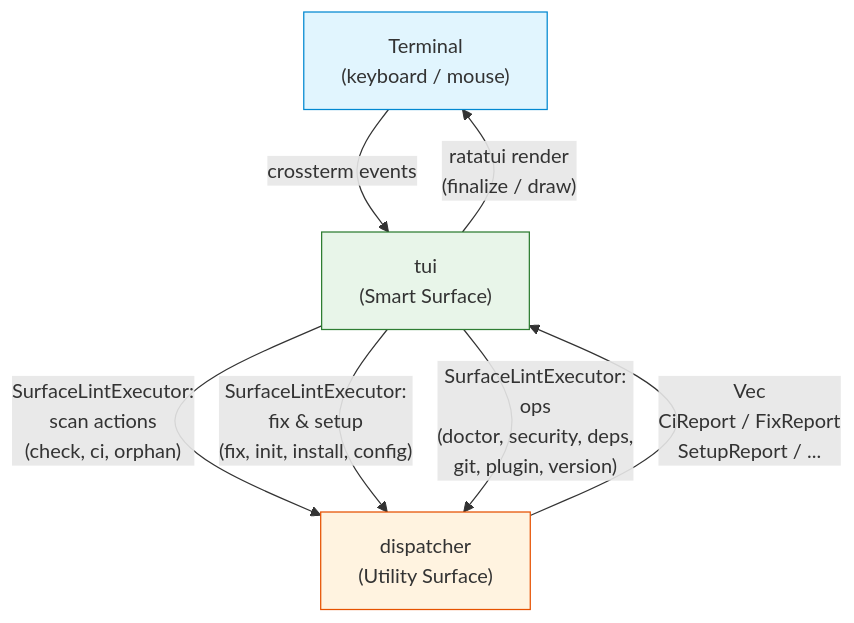
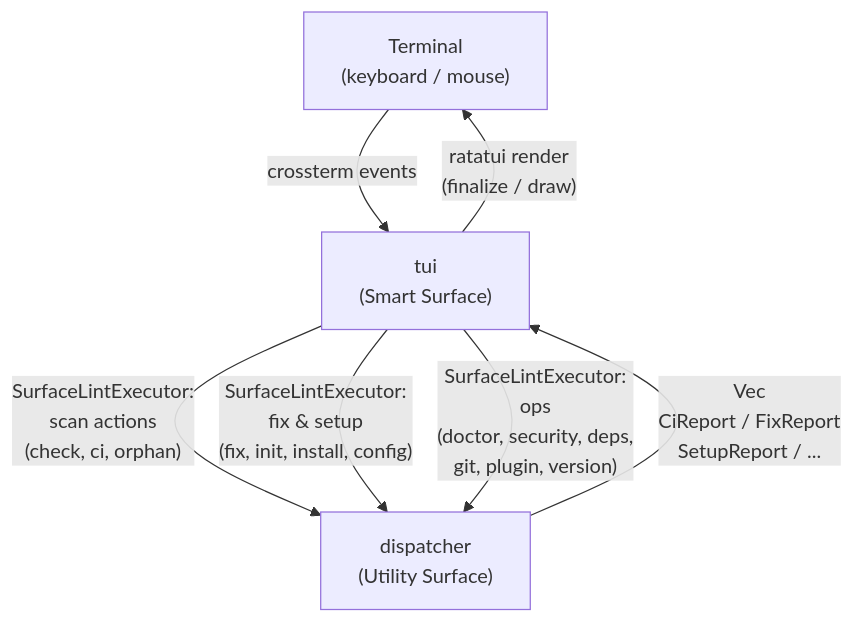
Before and after one commit to rakaarwaky/lint-arwaky: the diagram in crates/tui/FRD.md, drawn with Mermaid. The commit also changed 19 other files, not shown here.

````diff
--- a/crates/tui/FRD.md
+++ b/crates/tui/FRD.md
@@ -11,15 +11,12 @@
 ```mermaid
 flowchart TD
     A["Terminal\n(keyboard / mouse)"] -->|"crossterm events"| B["tui\n(Smart Surface)"]
 
     B -->|"SurfaceLintExecutor:\nscan actions\n(check, ci, orphan)"| D["dispatcher\n(Utility Surface)"]
     B -->|"SurfaceLintExecutor:\nfix & setup\n(fix, init, install, config)"| D
     B -->|"SurfaceLintExecutor:\nops\n(doctor, security, deps,\ngit, plugin, version)"| D
 
     D -->|"Vec<ViolationItem>\nCiReport / FixReport\nSetupReport / ..."| B
     B -->|"ratatui render\n(finalize / draw)"| A
 
-    style A fill:#e1f5fe,stroke:#0288d1
-    style B fill:#e8f5e9,stroke:#2e7d32
-    style D fill:#fff3e0,stroke:#e65100
 ```
````
